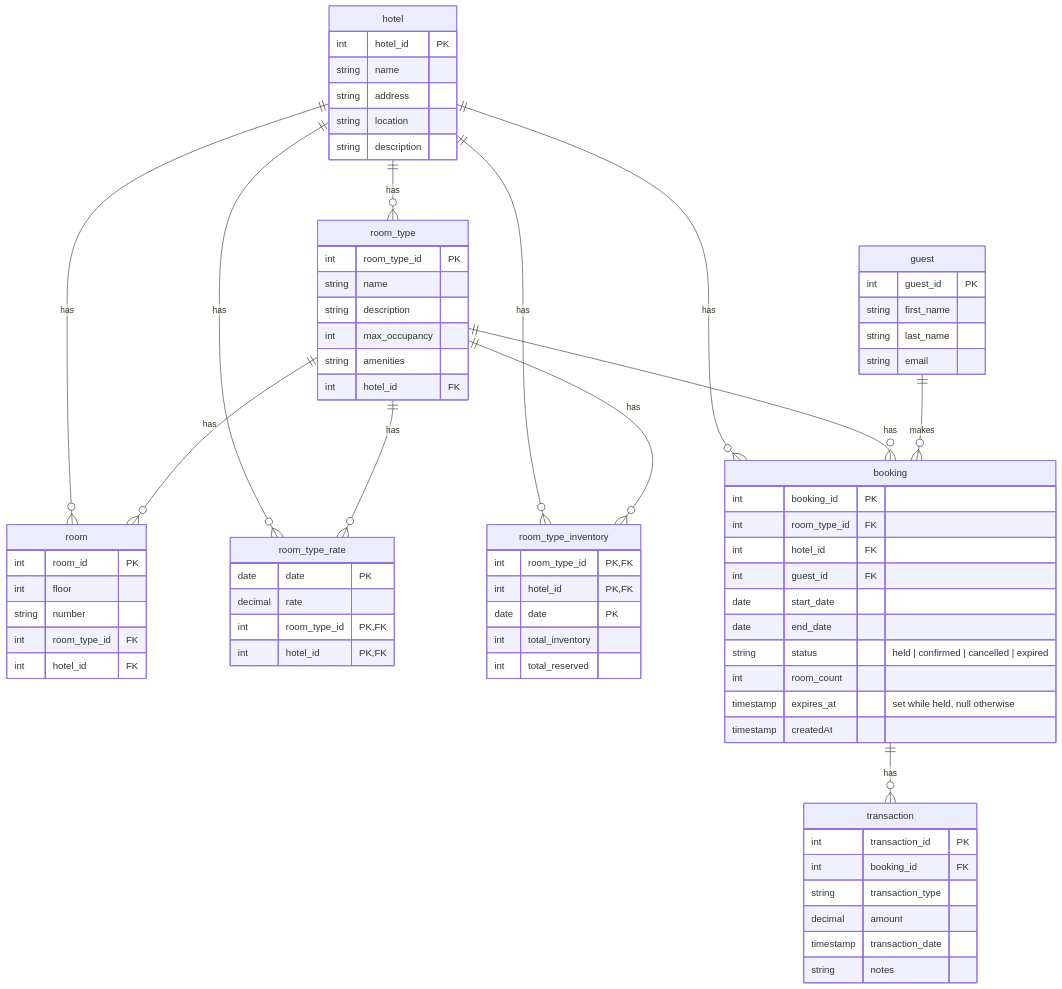
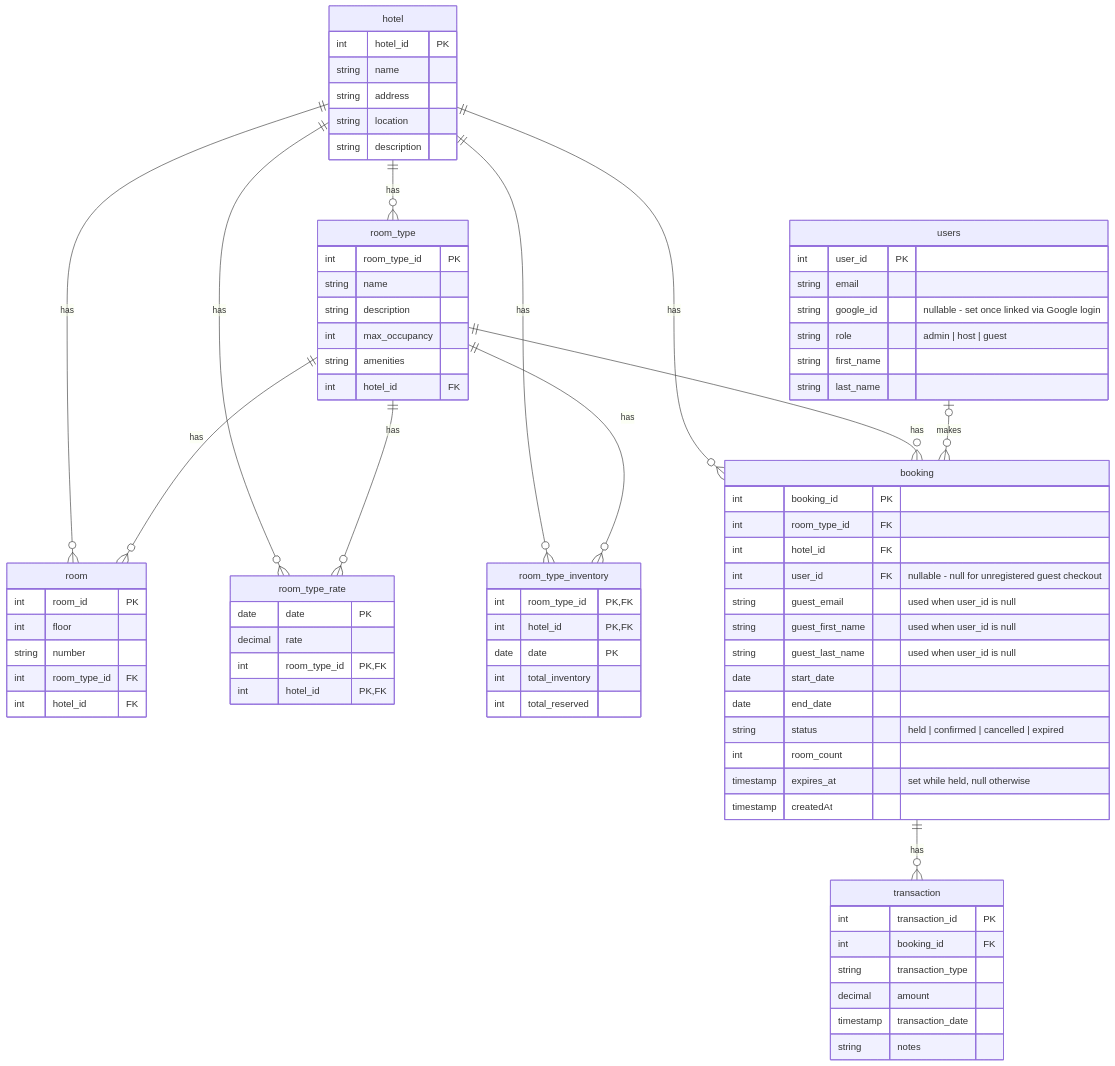
Before and after one commit to dreiv/booking: the diagram in docs/architecture/data-models.md, drawn with Mermaid. The commit also changed other lines of this file and 17 other files, not shown here.

````diff
--- a/docs/architecture/data-models.md
+++ b/docs/architecture/data-models.md
@@ -44,18 +44,23 @@
         int total_reserved
     }
 
-    guest {
-        int guest_id PK
+    users {
+        int user_id PK
+        string email
+        string google_id "nullable - set once linked via Google login"
+        string role "admin | host | guest"
         string first_name
         string last_name
-        string email
     }
 
     booking {
         int booking_id PK
         int room_type_id FK
         int hotel_id FK
-        int guest_id FK
+        int user_id FK "nullable - null for unregistered guest checkout"
+        string guest_email "used when user_id is null"
+        string guest_first_name "used when user_id is null"
+        string guest_last_name "used when user_id is null"
         date start_date
         date end_date
         string status "held | confirmed | cancelled | expired"
@@ -85,7 +90,7 @@
 
     hotel ||--o{ booking : "has"
     room_type ||--o{ booking : "has"
-    guest ||--o{ booking : "makes"
+    users |o--o{ booking : "makes"
 
     booking ||--o{ transaction : "has"
 ```
````
